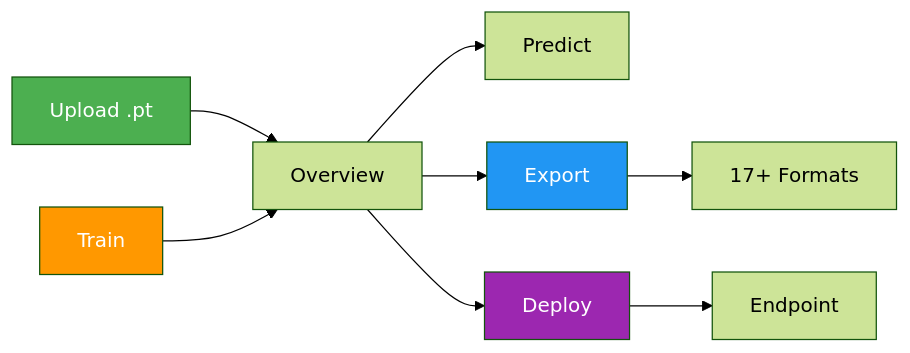
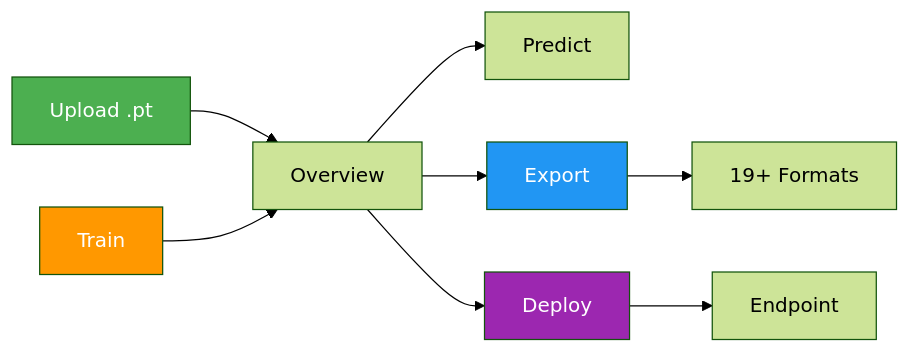
The first of 2 diagrams in docs/en/platform/train/models.md (medusa717/AI-ULTRALYTICS), drawn with Mermaid (forest theme) before and after one commit. The commit also changed other lines of this file and 15 other files, not shown here.

````diff
--- a/docs/en/platform/train/models.md
+++ b/docs/en/platform/train/models.md
@@ -54,15 +54,15 @@
 ```mermaid
 graph LR
     A[Upload .pt] --> B[Overview]
     C[Train] --> B
     B --> D[Predict]
     B --> E[Export]
     B --> F[Deploy]
-    E --> G[17+ Formats]
+    E --> G[19+ Formats]
     F --> H[Endpoint]
 
     style A fill:#4CAF50,color:#fff
     style C fill:#FF9800,color:#fff
     style E fill:#2196F3,color:#fff
     style F fill:#9C27B0,color:#fff
 ```
````
